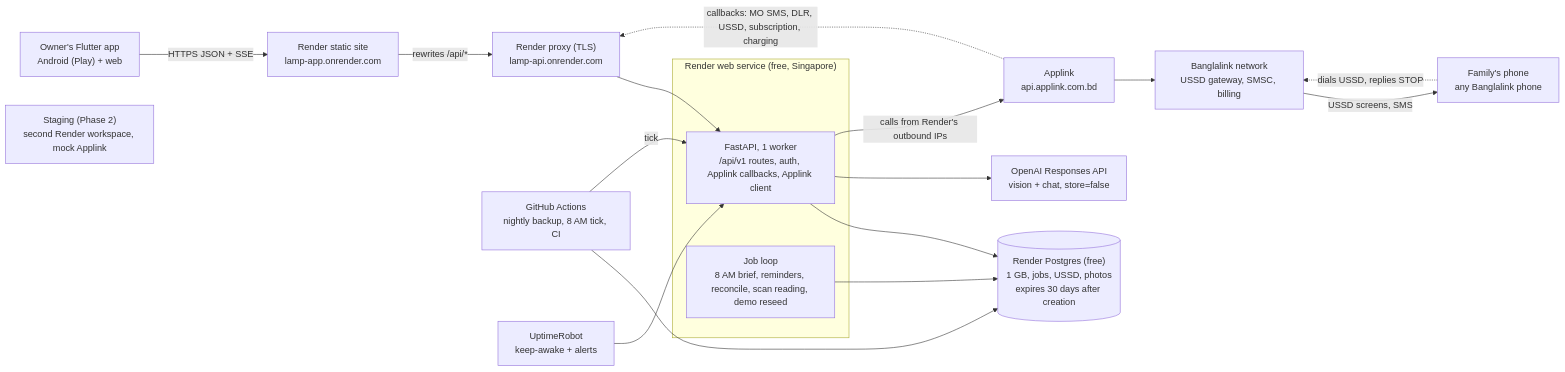
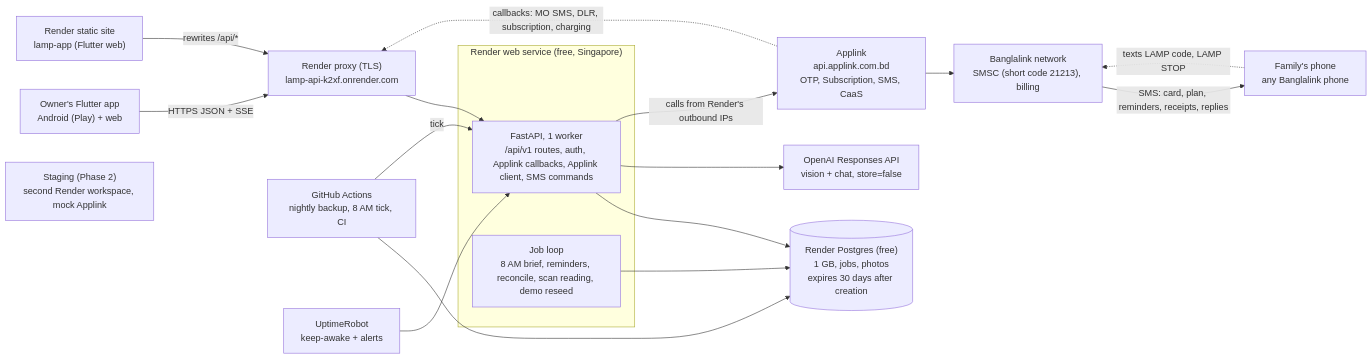
Before and after one commit to arifinrafi89/LaMP: the diagram in docs/LaMP-Build-Plan.md, drawn with Mermaid. The commit also changed other lines of this file and 2 other files, not shown here.

First line of the commit message:
docs: drop USSD from the build plan; SMS does the family's part

````diff
--- a/docs/LaMP-Build-Plan.md
+++ b/docs/LaMP-Build-Plan.md
@@ -174,33 +188,33 @@
 ```mermaid
 flowchart LR
   app["Owner's Flutter app<br/>Android (Play) + web"]
-  web["Render static site<br/>lamp-app.onrender.com"]
-  proxy["Render proxy (TLS)<br/>lamp-api.onrender.com"]
+  web["Render static site<br/>lamp-app (Flutter web)"]
+  proxy["Render proxy (TLS)<br/>lamp-api-k2xf.onrender.com"]
   subgraph svc["Render web service (free, Singapore)"]
-    api["FastAPI, 1 worker<br/>/api/v1 routes, auth, Applink callbacks, Applink client"]
+    api["FastAPI, 1 worker<br/>/api/v1 routes, auth, Applink callbacks, Applink client, SMS commands"]
     jobs["Job loop<br/>8 AM brief, reminders, reconcile, scan reading, demo reseed"]
   end
-  db[("Render Postgres (free)<br/>1 GB, jobs, USSD, photos<br/>expires 30 days after creation")]
+  db[("Render Postgres (free)<br/>1 GB, jobs, photos<br/>expires 30 days after creation")]
   openai["OpenAI Responses API<br/>vision + chat, store=false"]
-  applink["Applink<br/>api.applink.com.bd"]
-  bl["Banglalink network<br/>USSD gateway, SMSC, billing"]
+  applink["Applink<br/>api.applink.com.bd<br/>OTP, Subscription, SMS, CaaS"]
+  bl["Banglalink network<br/>SMSC (short code 21213), billing"]
   fam["Family's phone<br/>any Banglalink phone"]
   gha["GitHub Actions<br/>nightly backup, 8 AM tick, CI"]
   up["UptimeRobot<br/>keep-awake + alerts"]
   stg["Staging (Phase 2)<br/>second Render workspace, mock Applink"]
 
-  app -- "HTTPS JSON + SSE" --> web
+  app -- "HTTPS JSON + SSE" --> proxy
   web -- "rewrites /api/*" --> proxy
   proxy --> api
   api --> db
   jobs --> db
   api --> openai
   api -- "calls from Render's outbound IPs" --> applink
-  applink -. "callbacks: MO SMS, DLR, USSD, subscription, charging" .-> proxy
+  applink -. "callbacks: MO SMS, DLR, subscription, charging" .-> proxy
   applink --> bl
-  bl -- "USSD screens, SMS" --> fam
-  fam -. "dials USSD, replies STOP" .-> bl
+  bl -- "SMS: card, plan, reminders, receipts, replies" --> fam
+  fam -. "texts LAMP code, LAMP STOP" .-> bl
   gha --> db
   gha -- "tick" --> api
   up --> api
 ```
````
